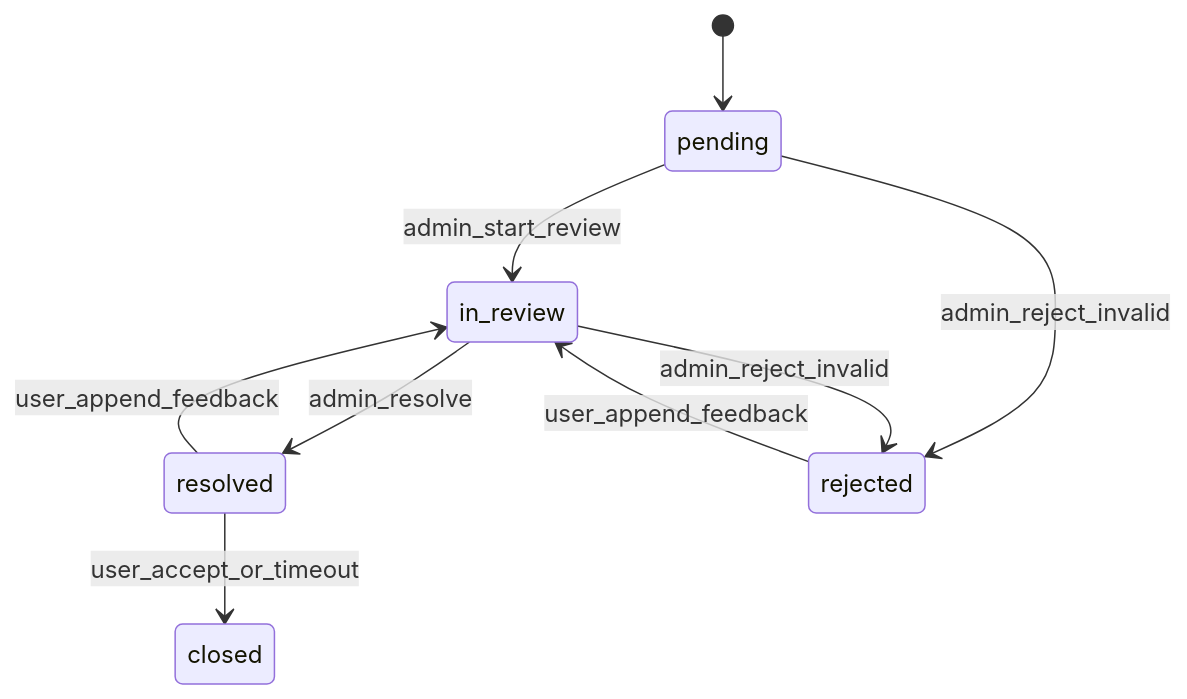
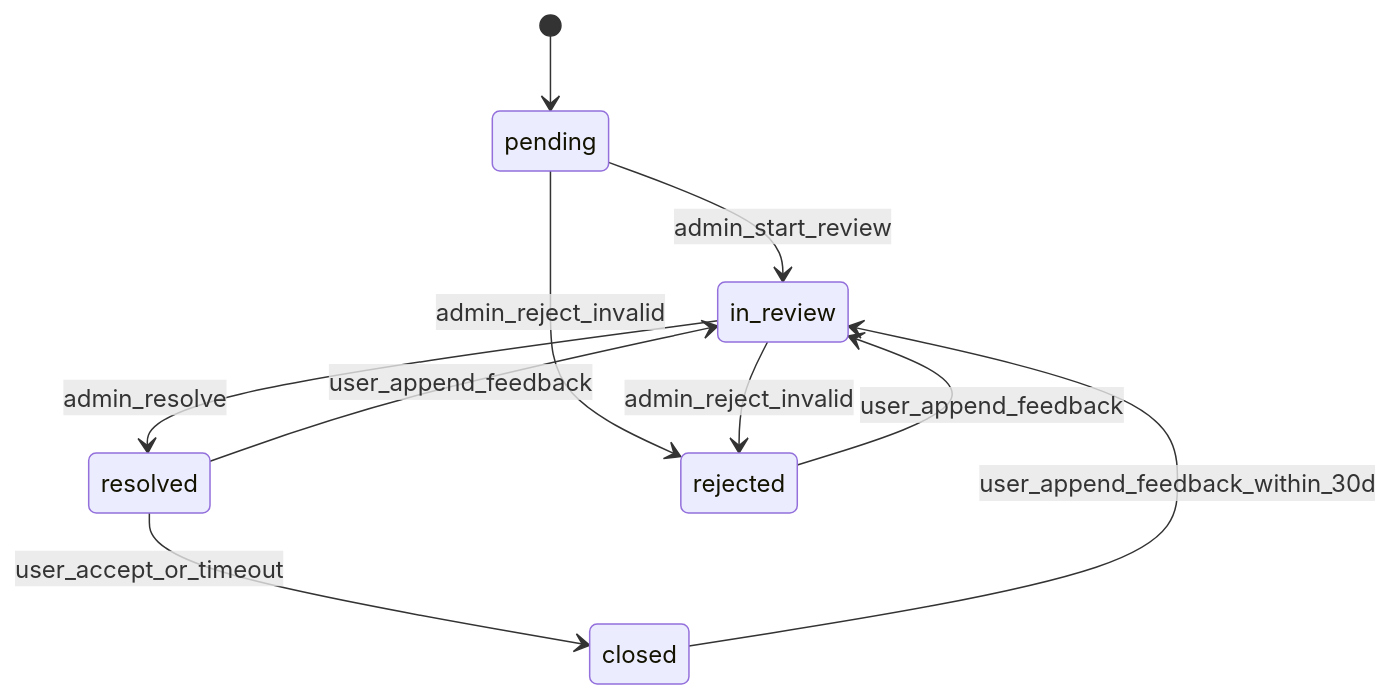
One commit to renwenlong/YiLuAn changed the diagram in docs/adr/ADR-0049-user-feedback-domain.md. Above: the diagram before and after it, drawn with Mermaid. The commit also changed other lines of this file, not shown here.

First line of the commit message:
docs(adr): ADR-0049 r3 amend (刻晴 PR review #6 #7 全采纳)

````diff
--- a/docs/adr/ADR-0049-user-feedback-domain.md
+++ b/docs/adr/ADR-0049-user-feedback-domain.md
@@ -225,11 +225,12 @@
 ```mermaid
 stateDiagram-v2
     [*] --> pending
     pending --> in_review: admin_start_review
     in_review --> resolved: admin_resolve
     resolved --> closed: user_accept_or_timeout
     pending --> rejected: admin_reject_invalid
     in_review --> rejected: admin_reject_invalid
     resolved --> in_review: user_append_feedback
     rejected --> in_review: user_append_feedback
+    closed --> in_review: user_append_feedback_within_30d
 ```
````
